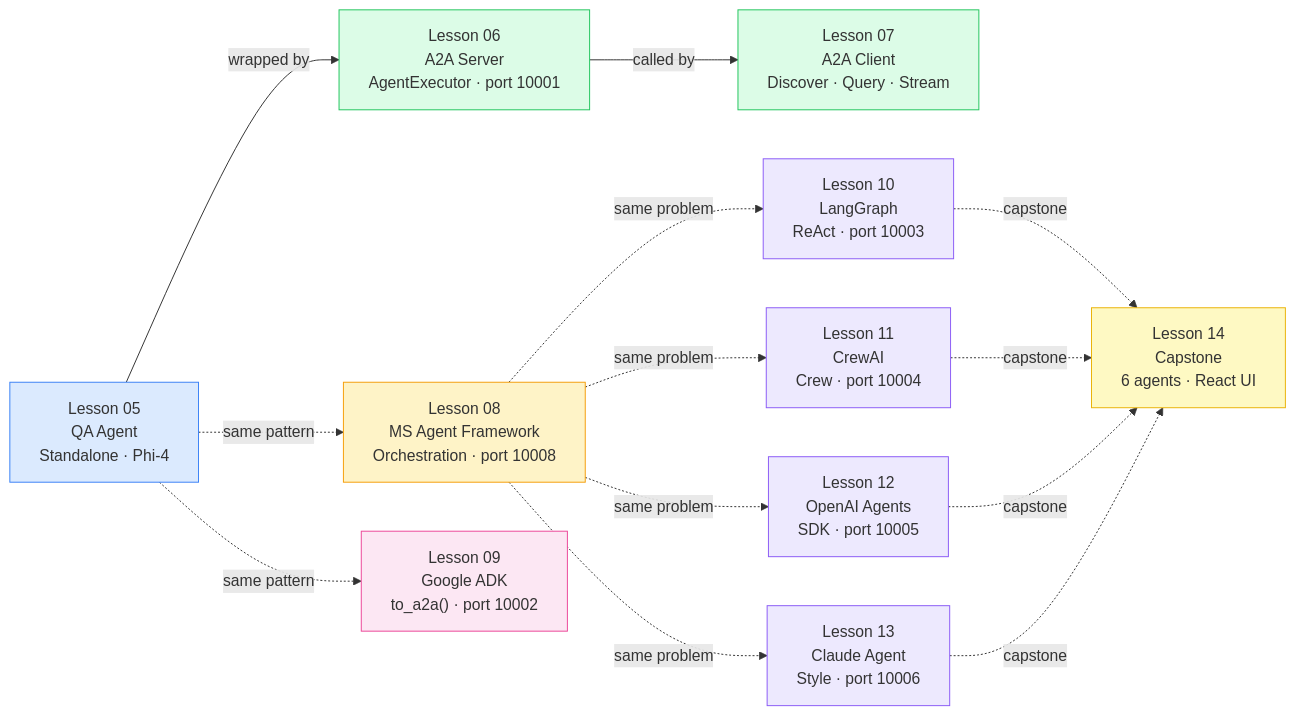
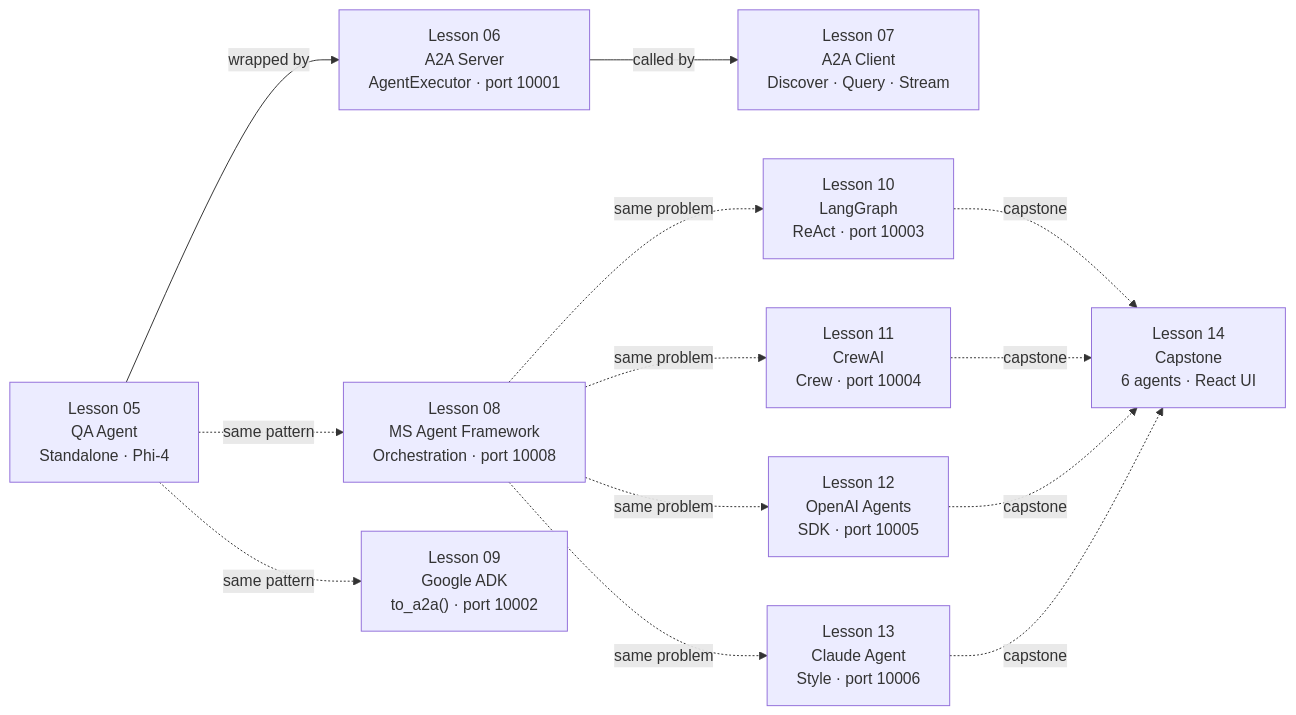
Before and after one commit to nilayparikh/tuts-agentic-ai-examples: the first of 2 diagrams in a2a/README.md, drawn with Mermaid.

Commit message:
refactor: remove unused styles from lesson diagram in README

````diff
--- a/a2a/README.md
+++ b/a2a/README.md
@@ -10,31 +10,20 @@
 ```mermaid
 graph LR
     L05["Lesson 05\nQA Agent\nStandalone · Phi-4"]
     L06["Lesson 06\nA2A Server\nAgentExecutor · port 10001"]
     L07["Lesson 07\nA2A Client\nDiscover · Query · Stream"]
     L08["Lesson 08\nMS Agent Framework\nOrchestration · port 10008"]
     L09["Lesson 09\nGoogle ADK\nto_a2a() · port 10002"]
     L10["Lesson 10\nLangGraph\nReAct · port 10003"]
     L11["Lesson 11\nCrewAI\nCrew · port 10004"]
     L12["Lesson 12\nOpenAI Agents\nSDK · port 10005"]
     L13["Lesson 13\nClaude Agent\nStyle · port 10006"]
     L14["Lesson 14\nCapstone\n6 agents · React UI"]
 
     L05 -->|wrapped by| L06
     L06 -->|called by| L07
     L05 -.->|same pattern| L08
     L05 -.->|same pattern| L09
     L08 -.->|same problem| L10 & L11 & L12 & L13
     L10 & L11 & L12 & L13 -.->|capstone| L14
-
-    style L05 fill:#dbeafe,stroke:#3b82f6
-    style L06 fill:#dcfce7,stroke:#22c55e
-    style L07 fill:#dcfce7,stroke:#22c55e
-    style L08 fill:#fef3c7,stroke:#f59e0b
-    style L09 fill:#fce7f3,stroke:#ec4899
-    style L10 fill:#ede9fe,stroke:#8b5cf6
-    style L11 fill:#ede9fe,stroke:#8b5cf6
-    style L12 fill:#ede9fe,stroke:#8b5cf6
-    style L13 fill:#ede9fe,stroke:#8b5cf6
-    style L14 fill:#fef9c3,stroke:#eab308
 ```
````
